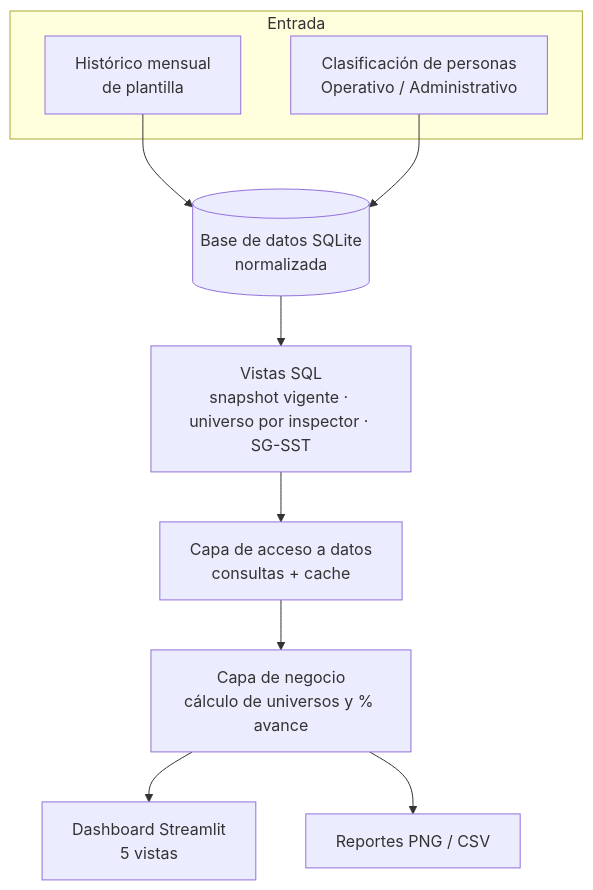
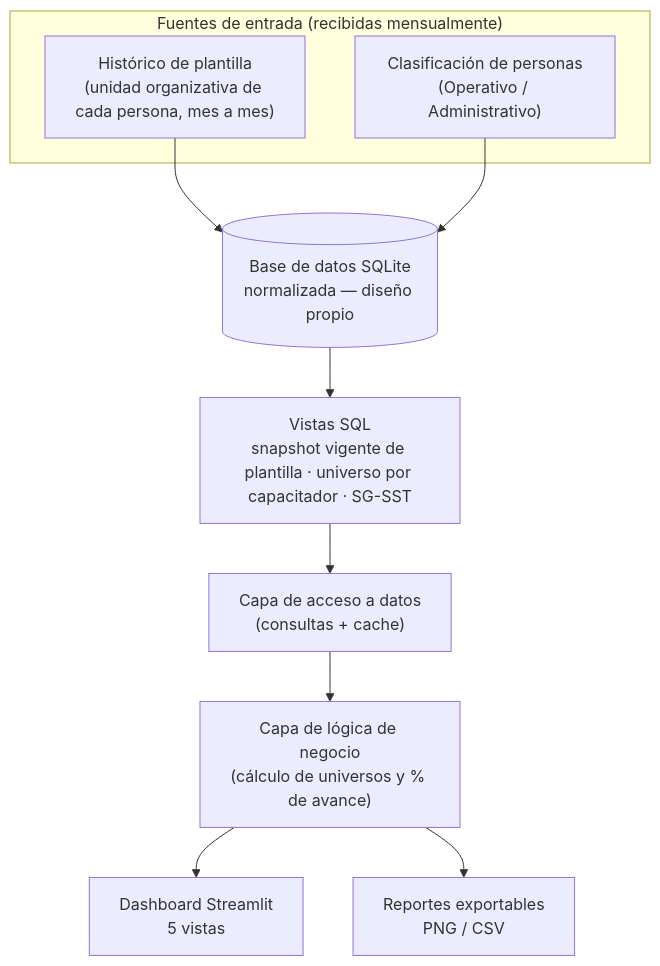
The second of 5 diagrams in charla-5-min/README.md (jminolli-e/case-studies), drawn with Mermaid before and after one commit. The commit also changed other lines of this file, not shown here.

````diff
--- a/charla-5-min/README.md
+++ b/charla-5-min/README.md
@@ -48,14 +64,14 @@
 ```mermaid
 flowchart TB
-    subgraph Entrada
-        A1[Histórico mensual<br/>de plantilla]
-        A2[Clasificación de personas<br/>Operativo / Administrativo]
+    subgraph Entrada["Fuentes de entrada (recibidas mensualmente)"]
+        A1["Histórico de plantilla<br/>(unidad organizativa de cada persona, mes a mes)"]
+        A2["Clasificación de personas<br/>(Operativo / Administrativo)"]
     end
-    A1 --> DB[(Base de datos SQLite<br/>normalizada)]
+    A1 --> DB[("Base de datos SQLite<br/>normalizada — diseño propio")]
     A2 --> DB
-    DB --> V[Vistas SQL<br/>snapshot vigente · universo por inspector · SG-SST]
-    V --> L[Capa de acceso a datos<br/>consultas + cache]
-    L --> N[Capa de negocio<br/>cálculo de universos y % avance]
-    N --> UI[Dashboard Streamlit<br/>5 vistas]
-    N --> R[Reportes PNG / CSV]
+    DB --> V["Vistas SQL<br/>snapshot vigente de plantilla · universo por capacitador · SG-SST"]
+    V --> L["Capa de acceso a datos<br/>(consultas + cache)"]
+    L --> N["Capa de lógica de negocio<br/>(cálculo de universos y % de avance)"]
+    N --> UI["Dashboard Streamlit<br/>5 vistas"]
+    N --> R["Reportes exportables<br/>PNG / CSV"]
 ```
````
